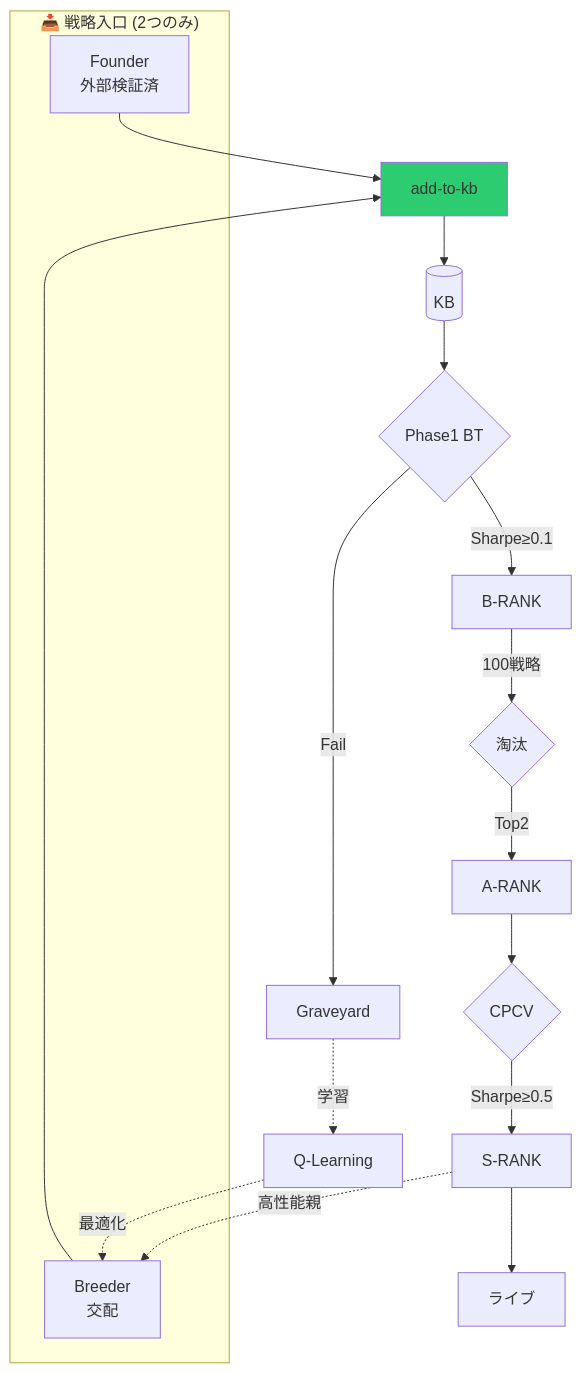
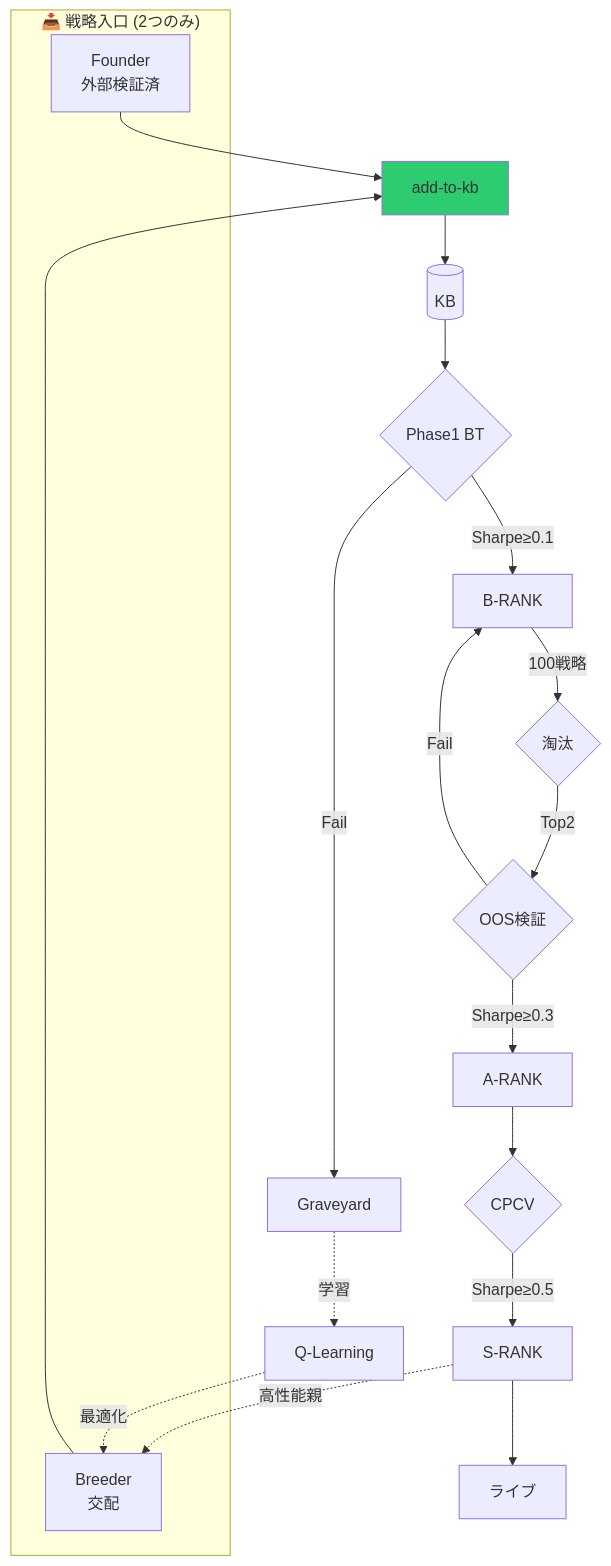
Before and after one commit to gethinu/swimmy-fx-tribe: the second of 2 diagrams in doc/knowledge/implementation_plan_v49.8.md, drawn with Mermaid. The commit also changed other lines of this file and 65 other files, not shown here.

````diff
--- a/doc/knowledge/implementation_plan_v49.8.md
+++ b/doc/knowledge/implementation_plan_v49.8.md
@@ -419,29 +421,31 @@
 ```mermaid
 graph TD
     subgraph 入口["📥 戦略入口 (2つのみ)"]
         F[Founder<br/>外部検証済]
         B[Breeder<br/>交配]
     end
     
     F --> ADD[add-to-kb]
     B --> ADD
     
     ADD --> KB[(KB)]
     KB --> BT{Phase1 BT}
     BT -->|Sharpe≥0.1| BRANK[B-RANK]
     BT -->|Fail| GY[Graveyard]
     
     BRANK -->|100戦略| CULL{淘汰}
-    CULL -->|Top2| ARANK[A-RANK]
+    CULL -->|Top2| OOS{OOS検証}
+    OOS -->|Sharpe≥0.3| ARANK[A-RANK]
+    OOS -->|Fail| BRANK
     
     ARANK --> CPCV{CPCV}
     CPCV -->|Sharpe≥0.5| SRANK[S-RANK]
     
     SRANK --> LIVE[ライブ]
     
     SRANK -.->|高性能親| B
     GY -.->|学習| QL[Q-Learning]
     QL -.->|最適化| B
     
     style ADD fill:#2ecc71
 ```
````
